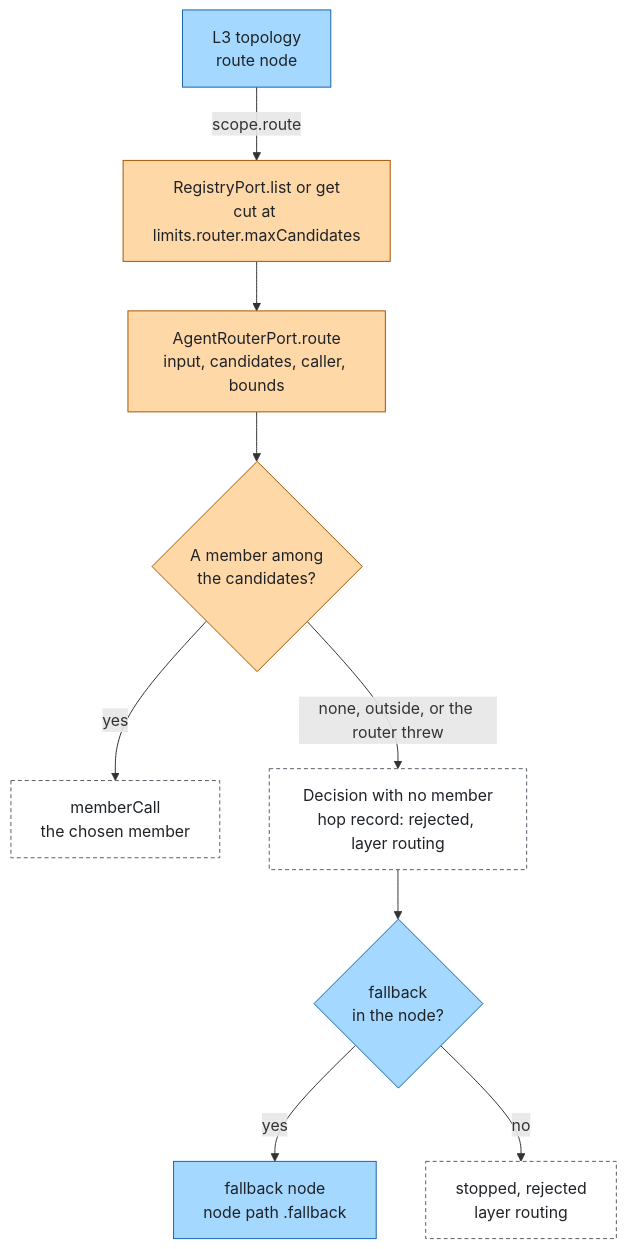
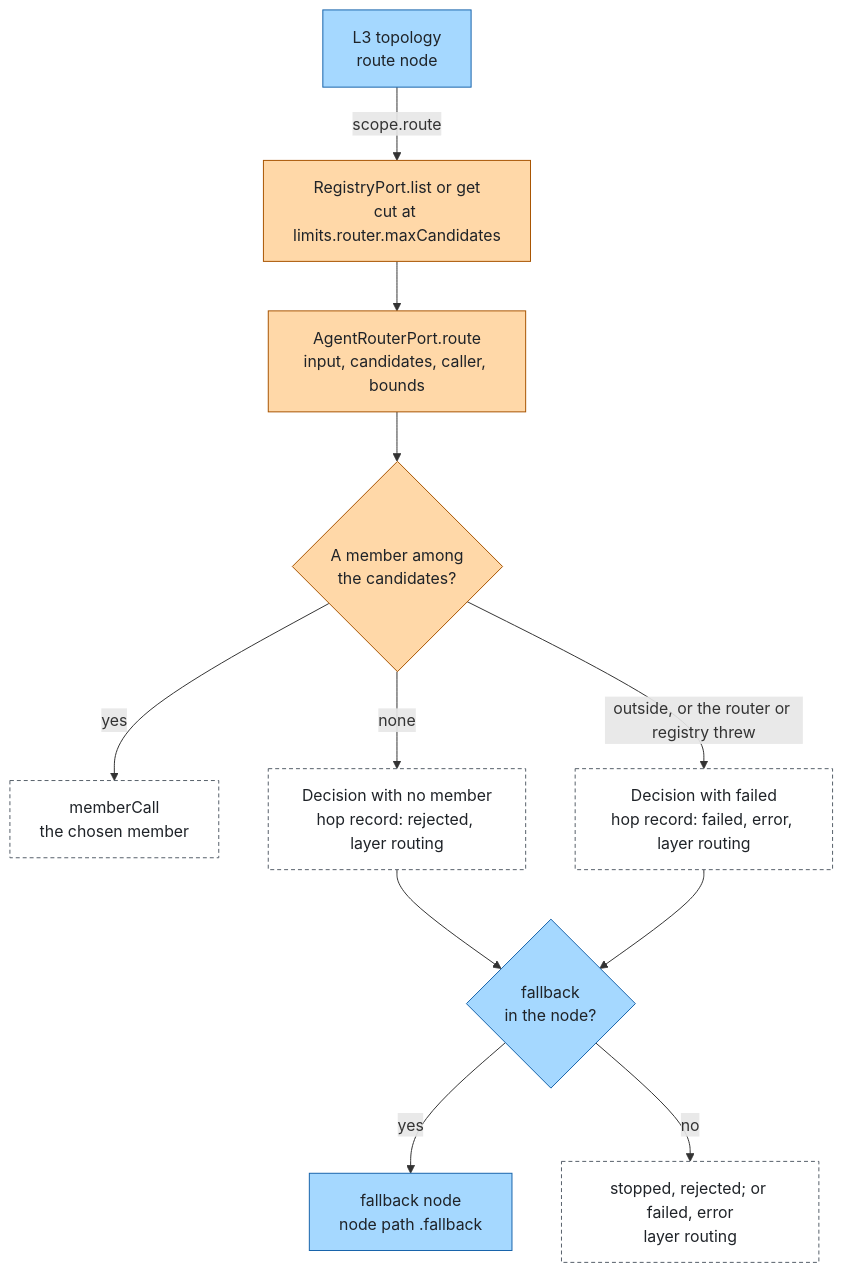
Before and after one commit to aantenore/agent-plexus: the second of 2 diagrams in docs/layers/routing.md, drawn with Mermaid. The commit also changed other lines of this file and 69 other files, not shown here.

First line of the commit message:
feat: waiting runs resume, sqlite-execution, signed-card policy, handoff and graph

````diff
--- a/docs/layers/routing.md
+++ b/docs/layers/routing.md
@@ -48,14 +48,16 @@
 ```mermaid
 flowchart TB
   node["L3 topology<br/>route node"]:::agent -->|"scope.route"| cands["RegistryPort.list or get<br/>cut at limits.router.maxCandidates"]:::model
   cands --> ask["AgentRouterPort.route<br/>input, candidates, caller, bounds"]:::model
   ask --> valid{"A member among<br/>the candidates?"}:::model
   valid -->|"yes"| call["memberCall<br/>the chosen member"]:::external
-  valid -->|"none, outside, or the router threw"| none["Decision with no member<br/>hop record: rejected, layer routing"]:::external
+  valid -->|"none"| none["Decision with no member<br/>hop record: rejected, layer routing"]:::external
+  valid -->|"outside, or the router or registry threw"| broke["Decision with failed<br/>hop record: failed, error, layer routing"]:::external
   none --> fb{"fallback<br/>in the node?"}:::agent
+  broke --> fb
   fb -->|"yes"| fallback["fallback node<br/>node path .fallback"]:::agent
-  fb -->|"no"| stop["stopped, rejected<br/>layer routing"]:::external
+  fb -->|"no"| stop["stopped, rejected; or failed, error<br/>layer routing"]:::external
   classDef model fill:#ffd8a8,stroke:#a85400,color:#1f2328
   classDef agent fill:#a5d8ff,stroke:#1864ab,color:#1f2328
   classDef external fill:#ffffff,stroke:#57606a,color:#1f2328,stroke-dasharray:4 3
 ```
````
